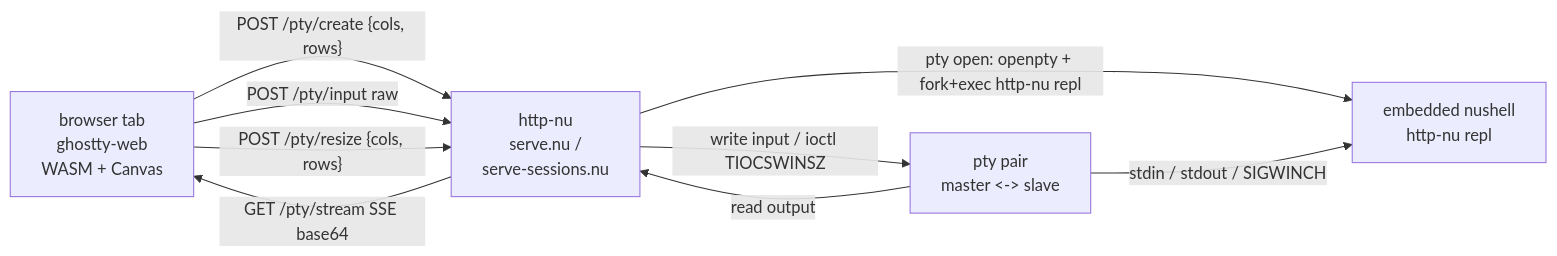
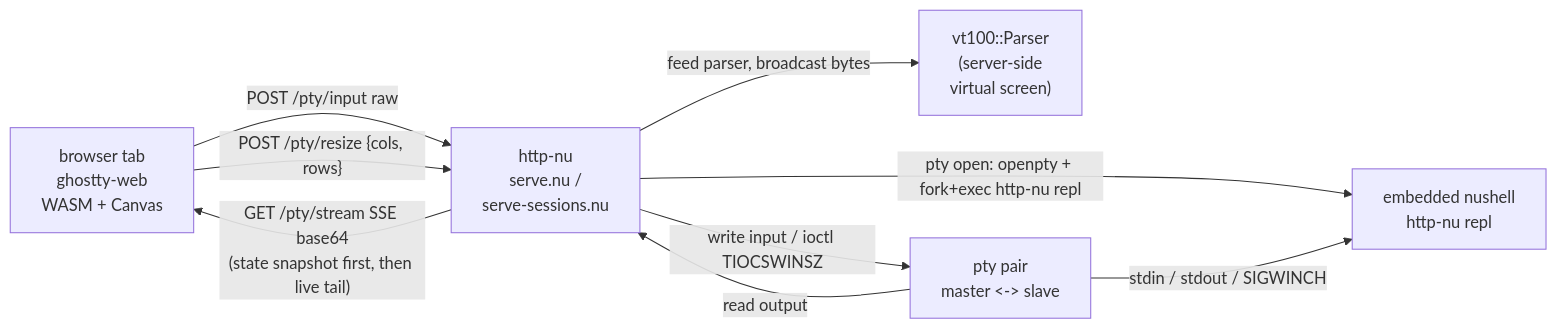
One commit to cablehead/ghostty-web-nu changed the diagram in README.md. Above: the diagram before and after it, drawn with Mermaid. The commit also changed other lines of this file, not shown here.

Commit message:
docs: refresh README -- vendored assets, sessions endpoints, server-side state

````diff
--- a/README.md
+++ b/README.md
@@ -50,17 +64,18 @@
 ```mermaid
 flowchart LR
     Browser["browser tab<br>ghostty-web<br>WASM + Canvas"]
     HttpNu["http-nu<br>serve.nu /<br>serve-sessions.nu"]
+    Parser["vt100::Parser<br>(server-side<br>virtual screen)"]
     Pty["pty pair<br>master &lt;-&gt; slave"]
     Nu["embedded nushell<br>http-nu repl"]
 
-    Browser -- "POST /pty/create {cols, rows}" --> HttpNu
     Browser -- "POST /pty/input raw" --> HttpNu
     Browser -- "POST /pty/resize {cols, rows}" --> HttpNu
-    HttpNu -- "GET /pty/stream SSE base64" --> Browser
+    HttpNu -- "GET /pty/stream SSE base64<br>(state snapshot first, then live tail)" --> Browser
 
     HttpNu -- "pty open: openpty + fork+exec http-nu repl" --> Nu
     HttpNu -- "write input / ioctl TIOCSWINSZ" --> Pty
     Pty -- "read output" --> HttpNu
+    HttpNu -- "feed parser, broadcast bytes" --> Parser
     Pty -- "stdin / stdout / SIGWINCH" --> Nu
 ```
````
